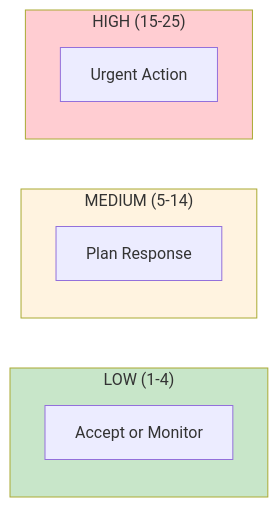
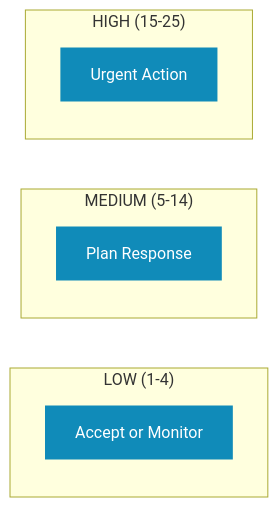
Before and after one commit to kevinmcaleer/kevstemplates.com: the diagram in _pages/risk-management/probability-impact.md, drawn with Mermaid. The commit also changed 72 other files, not shown here.

```diff
--- a/_pages/risk-management/probability-impact.md
+++ b/_pages/risk-management/probability-impact.md
@@ -137,16 +137,15 @@
 <div class="mermaid">
 flowchart LR
     subgraph Low["LOW (1-4)"]
         L1[Accept or Monitor]
     end
     subgraph Med["MEDIUM (5-14)"]
         M1[Plan Response]
     end
     subgraph High["HIGH (15-25)"]
         H1[Urgent Action]
     end
 
-    style Low fill:#c8e6c9
-    style Med fill:#fff3e0
-    style High fill:#ffcdd2
+    classDef blue fill:#108BB9,stroke:none,color:#fff
+    class L1,M1,H1 blue
 </div>
```
